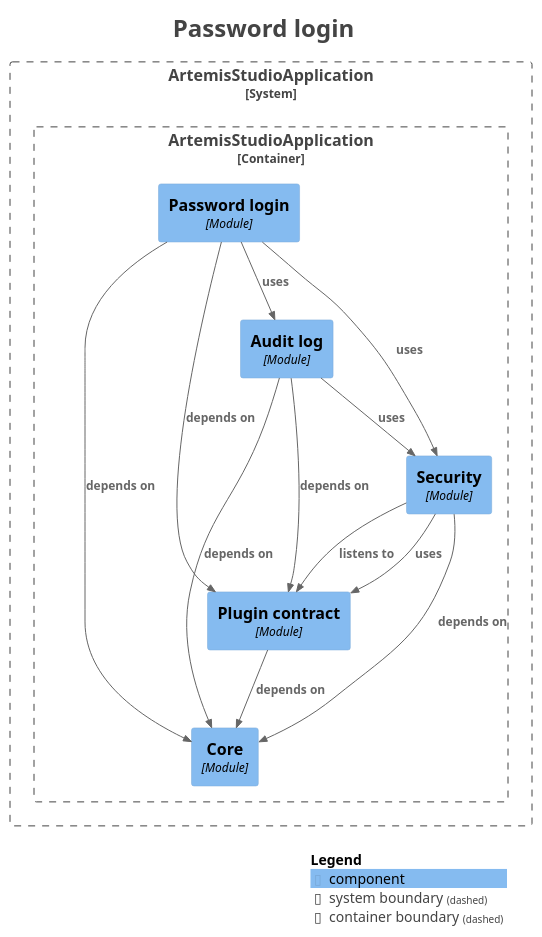
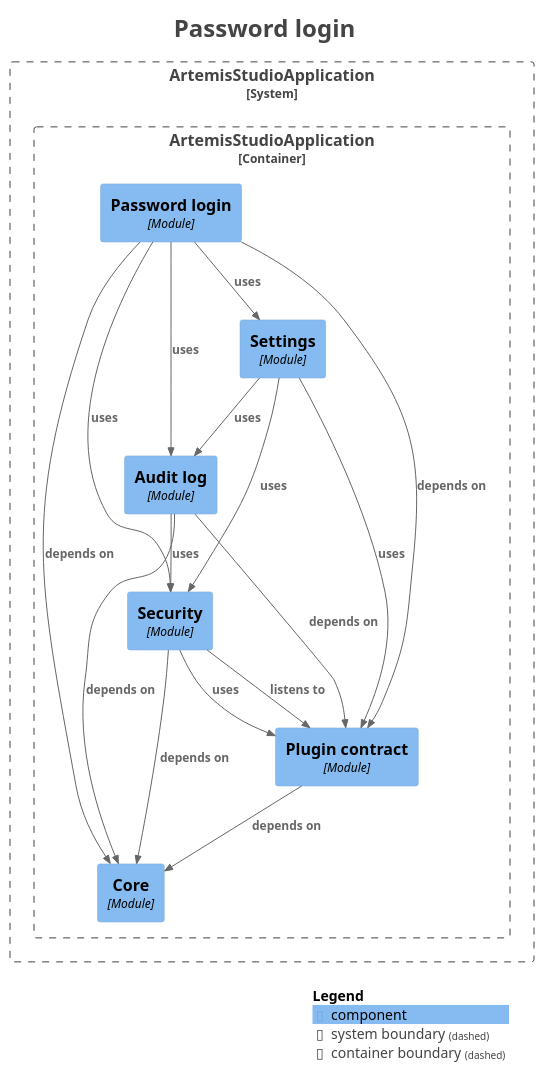
Before and after one commit to sudoitir/artemis-studio: the diagram in docs/modules/module-feature.identitylocal.puml, drawn with PlantUML. The commit also changed 7 other files, not shown here.

```diff
--- a/docs/modules/module-feature.identitylocal.puml
+++ b/docs/modules/module-feature.identitylocal.puml
@@ -1,43 +1,48 @@
 @startuml
 title <size:24>Password login</size>
 
 set separator none
 top to bottom direction
 
 <style>
   root {
     BackgroundColor: #ffffff
     FontColor: #444444
   }
 </style>
 
 !include <C4/C4>
 !include <C4/C4_Context>
 !include <C4/C4_Component>
 
 System_Boundary("ArtemisStudioApplication_boundary", "ArtemisStudioApplication", $tags="") {
   Container_Boundary("ArtemisStudioApplication.ArtemisStudioApplication_boundary", "ArtemisStudioApplication", $tags="") {
+    Component(ArtemisStudioApplication.ArtemisStudioApplication.Passwordlogin, "Password login", $techn="Module", $descr="", $tags="", $link="")
     Component(ArtemisStudioApplication.ArtemisStudioApplication.Core, "Core", $techn="Module", $descr="", $tags="", $link="")
     Component(ArtemisStudioApplication.ArtemisStudioApplication.Plugincontract, "Plugin contract", $techn="Module", $descr="", $tags="", $link="")
     Component(ArtemisStudioApplication.ArtemisStudioApplication.Security, "Security", $techn="Module", $descr="", $tags="", $link="")
     Component(ArtemisStudioApplication.ArtemisStudioApplication.Auditlog, "Audit log", $techn="Module", $descr="", $tags="", $link="")
-    Component(ArtemisStudioApplication.ArtemisStudioApplication.Passwordlogin, "Password login", $techn="Module", $descr="", $tags="", $link="")
+    Component(ArtemisStudioApplication.ArtemisStudioApplication.Settings, "Settings", $techn="Module", $descr="", $tags="", $link="")
   }
 
 }
 
 Rel(ArtemisStudioApplication.ArtemisStudioApplication.Auditlog, ArtemisStudioApplication.ArtemisStudioApplication.Core, "depends on", $techn="", $tags="", $link="")
 Rel(ArtemisStudioApplication.ArtemisStudioApplication.Auditlog, ArtemisStudioApplication.ArtemisStudioApplication.Plugincontract, "depends on", $techn="", $tags="", $link="")
 Rel(ArtemisStudioApplication.ArtemisStudioApplication.Auditlog, ArtemisStudioApplication.ArtemisStudioApplication.Security, "uses", $techn="", $tags="", $link="")
 Rel(ArtemisStudioApplication.ArtemisStudioApplication.Passwordlogin, ArtemisStudioApplication.ArtemisStudioApplication.Auditlog, "uses", $techn="", $tags="", $link="")
 Rel(ArtemisStudioApplication.ArtemisStudioApplication.Passwordlogin, ArtemisStudioApplication.ArtemisStudioApplication.Core, "depends on", $techn="", $tags="", $link="")
 Rel(ArtemisStudioApplication.ArtemisStudioApplication.Passwordlogin, ArtemisStudioApplication.ArtemisStudioApplication.Plugincontract, "depends on", $techn="", $tags="", $link="")
 Rel(ArtemisStudioApplication.ArtemisStudioApplication.Passwordlogin, ArtemisStudioApplication.ArtemisStudioApplication.Security, "uses", $techn="", $tags="", $link="")
+Rel(ArtemisStudioApplication.ArtemisStudioApplication.Passwordlogin, ArtemisStudioApplication.ArtemisStudioApplication.Settings, "uses", $techn="", $tags="", $link="")
 Rel(ArtemisStudioApplication.ArtemisStudioApplication.Plugincontract, ArtemisStudioApplication.ArtemisStudioApplication.Core, "depends on", $techn="", $tags="", $link="")
 Rel(ArtemisStudioApplication.ArtemisStudioApplication.Security, ArtemisStudioApplication.ArtemisStudioApplication.Core, "depends on", $techn="", $tags="", $link="")
 Rel(ArtemisStudioApplication.ArtemisStudioApplication.Security, ArtemisStudioApplication.ArtemisStudioApplication.Plugincontract, "listens to", $techn="", $tags="", $link="")
 Rel(ArtemisStudioApplication.ArtemisStudioApplication.Security, ArtemisStudioApplication.ArtemisStudioApplication.Plugincontract, "uses", $techn="", $tags="", $link="")
+Rel(ArtemisStudioApplication.ArtemisStudioApplication.Settings, ArtemisStudioApplication.ArtemisStudioApplication.Auditlog, "uses", $techn="", $tags="", $link="")
+Rel(ArtemisStudioApplication.ArtemisStudioApplication.Settings, ArtemisStudioApplication.ArtemisStudioApplication.Plugincontract, "uses", $techn="", $tags="", $link="")
+Rel(ArtemisStudioApplication.ArtemisStudioApplication.Settings, ArtemisStudioApplication.ArtemisStudioApplication.Security, "uses", $techn="", $tags="", $link="")
 
 SHOW_LEGEND(true)
 hide stereotypes
 @enduml
```
